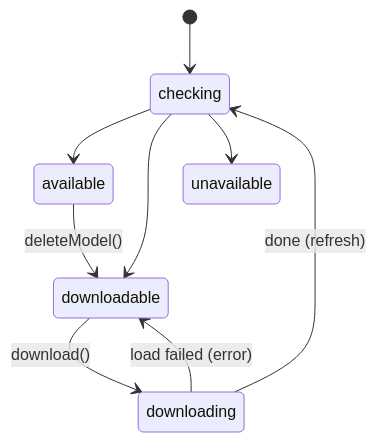
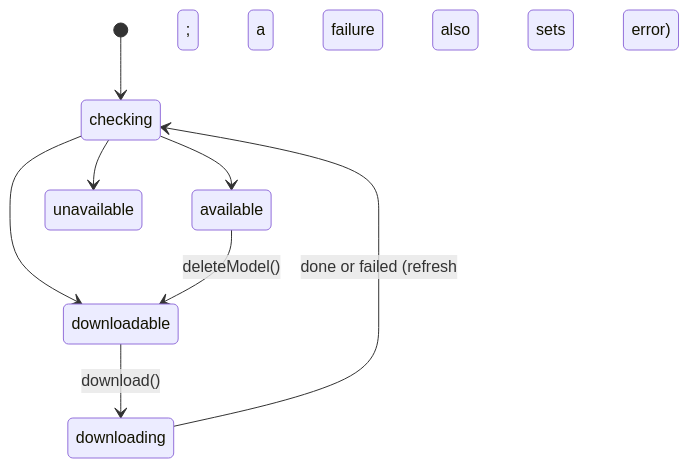
The diagram in apps/docs/docs/architecture/model-lifecycle.md (Soverius-AI/browser-models), drawn with Mermaid before and after one commit. The commit also changed 62 other files, not shown here.

````diff
--- a/apps/docs/docs/architecture/model-lifecycle.md
+++ b/apps/docs/docs/architecture/model-lifecycle.md
@@ -7,11 +7,10 @@
 ```mermaid
 stateDiagram-v2
   [*] --> checking
   checking --> available
   checking --> downloadable
   checking --> unavailable
   downloadable --> downloading: download()
-  downloading --> checking: done (refresh)
-  downloading --> downloadable: load failed (error)
+  downloading --> checking: done or failed (refresh; a failure also sets error)
   available --> downloadable: deleteModel()
 ```
````
